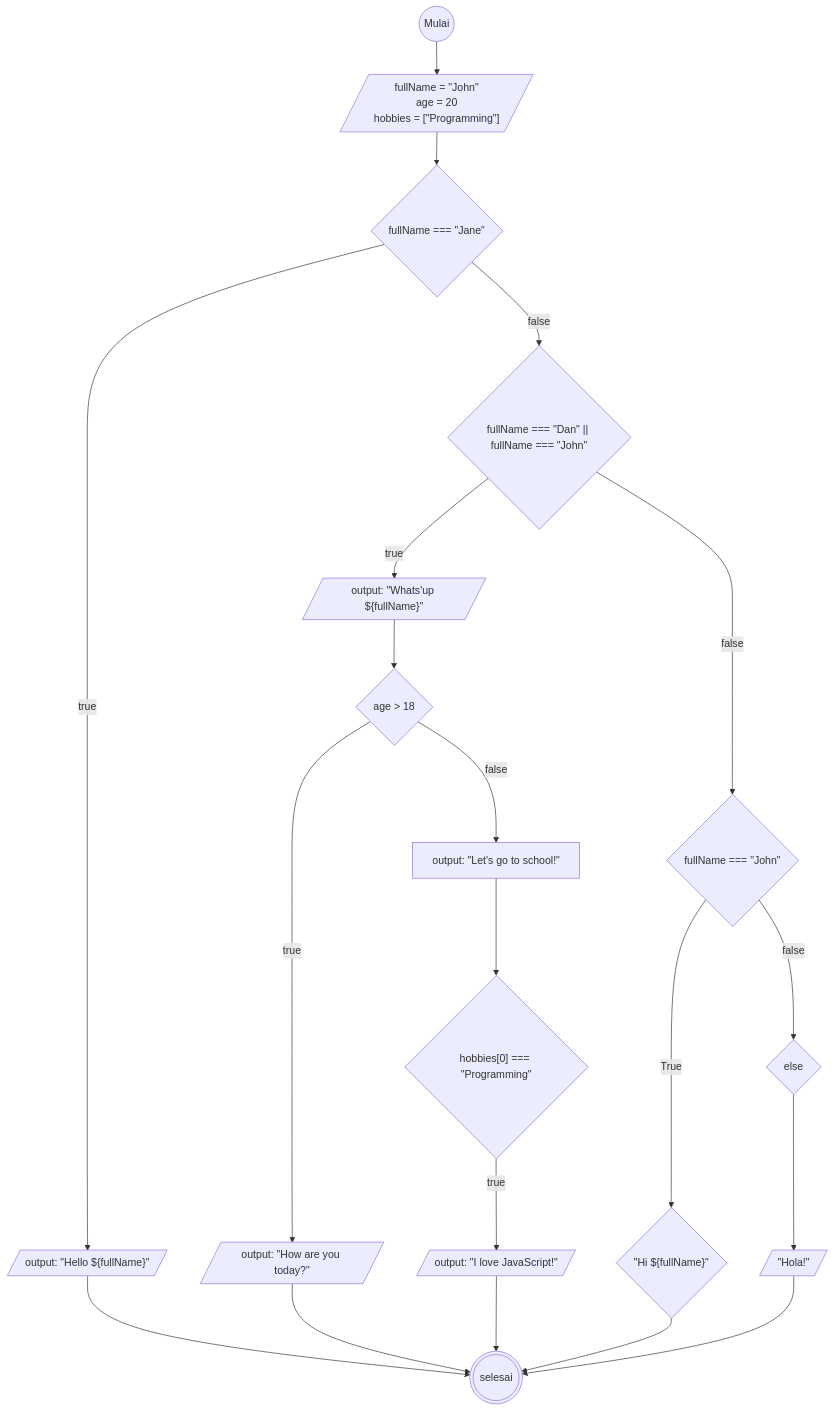
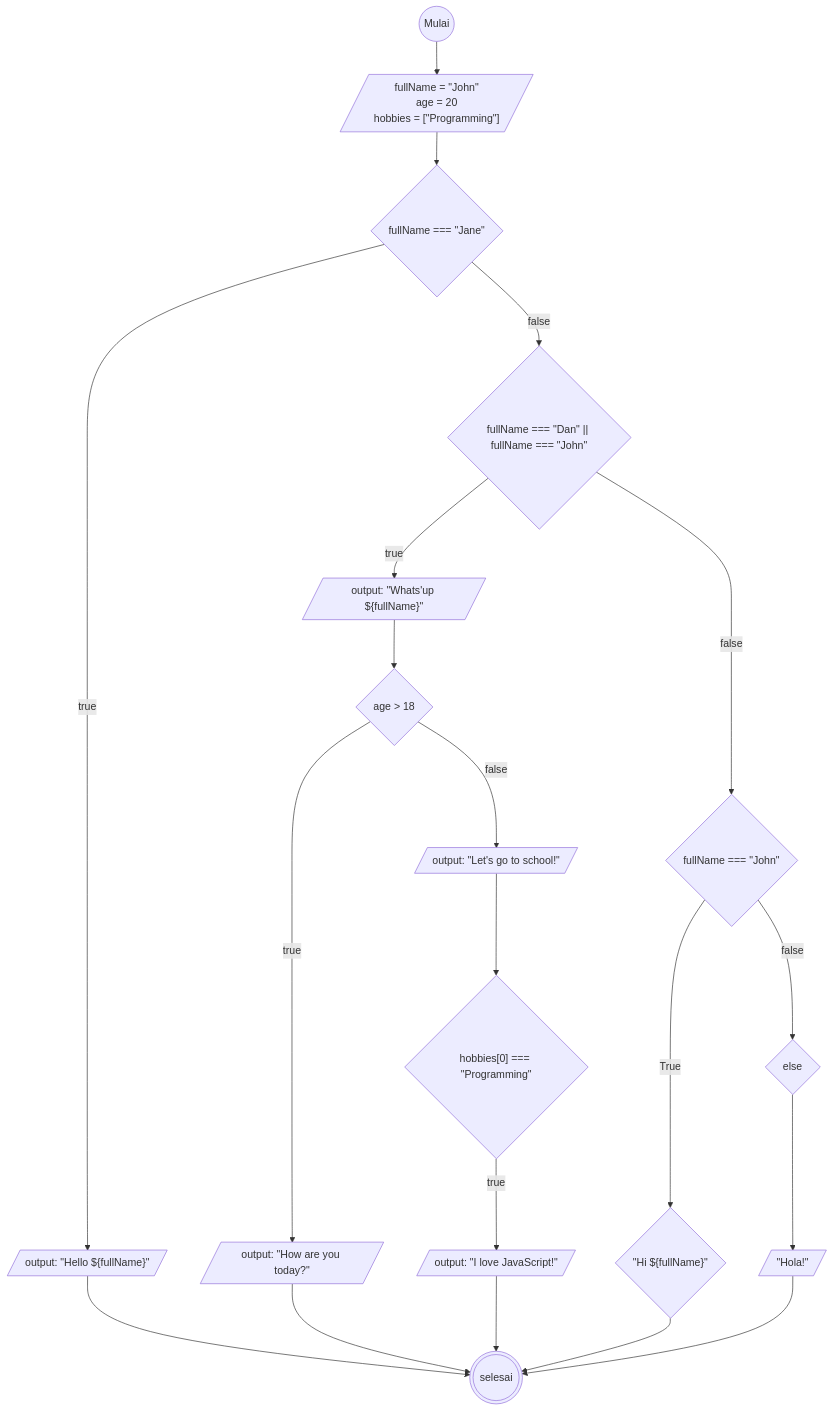
One commit to mslthn/koda-b6-javascript1 changed the diagram in task3.md. Above: the diagram before and after it, drawn with Mermaid.

````diff
--- a/task3.md
+++ b/task3.md
@@ -1,43 +1,43 @@
 ```mermaid
 flowchart TD
     mulai@{ shape: circ, label: "Mulai"}
     selesai@{shape: dbl-circ}
     def@{shape: lean-r, label: "fullName = #quot;John#quot;
     age = 20
     hobbies = [#quot;Programming#quot;]"}
 
     ifJane@{shape: diamond, label: "fullName === #quot;Jane#quot;"}
     benarJane@{shape: lean-r, label: "output: #quot;Hello ${fullName}#quot;"}
 
     ifDanJohn@{shape: diamond, label: "fullName === #quot;Dan#quot; || fullName === #quot;John#quot;"}
     outDanJohn@{shape: lean-r, label: "output: #quot;Whats'up ${fullName}#quot;"}
 
     ifJohn@{shape: diamond, label: "fullName === #quot;John#quot;"}
     benarJohn@{shape: diamond, label: "#quot;Hi ${fullName}#quot;"}
 
     else@{shape: diamond}
     hola@{shape: lean-r, label: "#quot;Hola!#quot;"}
 
     if18@{shape: diamond, label: "age > 18"}
     benar18@{shape: lean-r, label: "output: #quot;How are you today?#quot;"}
-    salah18@{shape:lean-r, label: "output: #quot;Let's go to school!#quot;"}
+    salah18@{shape: lean-r, label: "output: #quot;Let's go to school!#quot;"}
 
     ifHobi@{shape: diamond, label: "hobbies[0] === #quot;Programming#quot;"}
     benarHobi@{shape: lean-r, label: "output: #quot;I love JavaScript!#quot;"}
 
 
     
 
 mulai-->def-->ifJane
 ifJane-->|true| benarJane-->selesai
 ifJane-->|false| ifDanJohn
 ifDanJohn-->|true| outDanJohn-->if18
 if18-->|true| benar18-->selesai
 if18-->|false| salah18
 salah18-->ifHobi
 ifHobi-->|true| benarHobi-->selesai
 
 ifDanJohn-->|false| ifJohn
 ifJohn-->|True| benarJohn-->selesai
 ifJohn-->|false| else-->hola-->selesai
 ```
````
